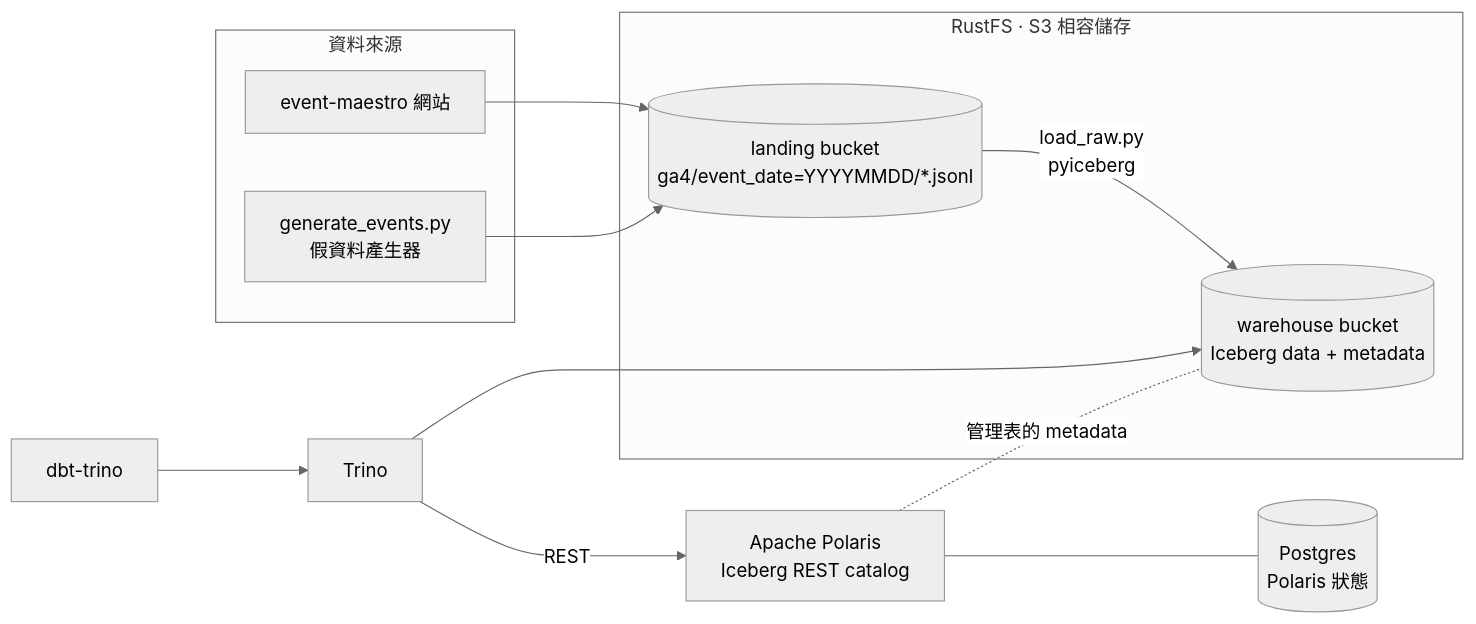
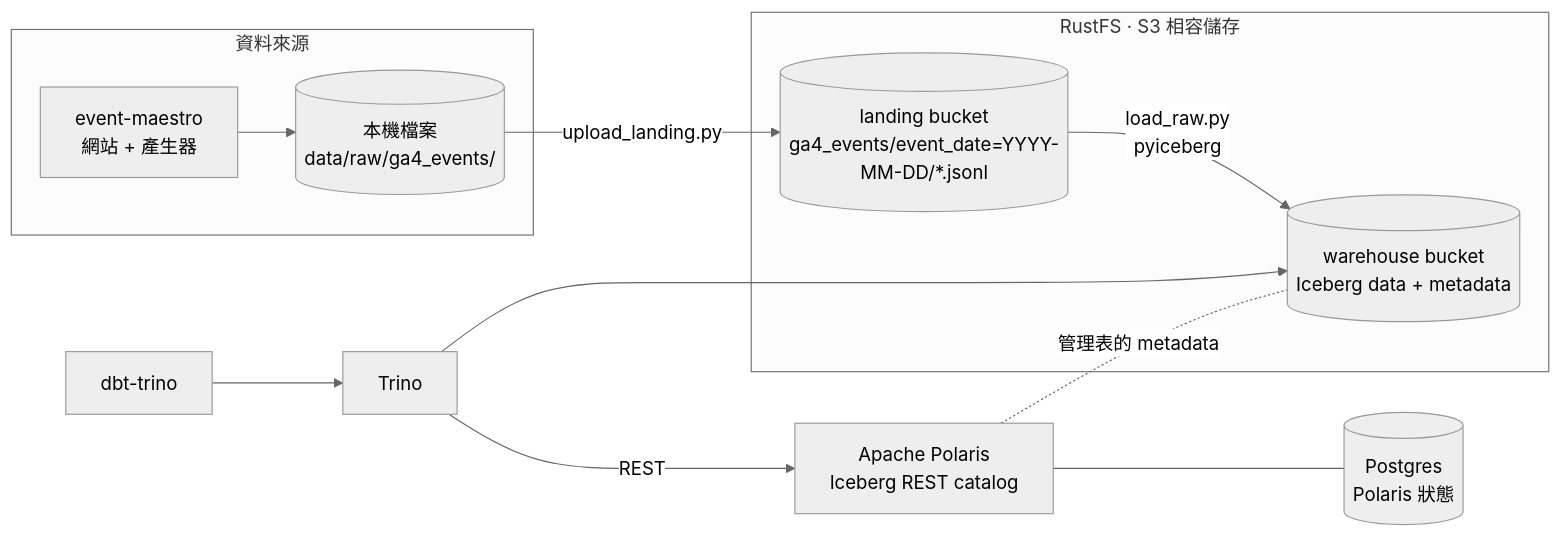
The diagram in README.md (HommerChiu/data-symphony), drawn with Mermaid (neutral theme) before and after one commit. The commit also changed other lines of this file and 12 other files, not shown here.

First line of the commit message:
Use event-maestro output as the event source

````diff
--- a/README.md
+++ b/README.md
@@ -9,26 +9,26 @@
 ```mermaid
 flowchart LR
     subgraph sources[資料來源]
-        EM[event-maestro 網站]
-        GEN[generate_events.py<br/>假資料產生器]
+        EM[event-maestro<br/>網站 + 產生器]
+        LOCAL[(本機檔案<br/>data/raw/ga4_events/)]
     end
 
     subgraph storage[RustFS · S3 相容儲存]
-        L[(landing bucket<br/>ga4/event_date=YYYYMMDD/*.jsonl)]
+        L[(landing bucket<br/>ga4_events/event_date=YYYY-MM-DD/*.jsonl)]
         W[(warehouse bucket<br/>Iceberg data + metadata)]
     end
 
     P[Apache Polaris<br/>Iceberg REST catalog]
     PG[(Postgres<br/>Polaris 狀態)]
     T[Trino]
     DBT[dbt-trino]
 
-    EM --> L
-    GEN --> L
+    EM --> LOCAL
+    LOCAL -- upload_landing.py --> L
     L -- load_raw.py<br/>pyiceberg --> W
     P --- PG
     P -. 管理表的 metadata .- W
     T -- REST --> P
     T --> W
     DBT --> T
 ```
````
